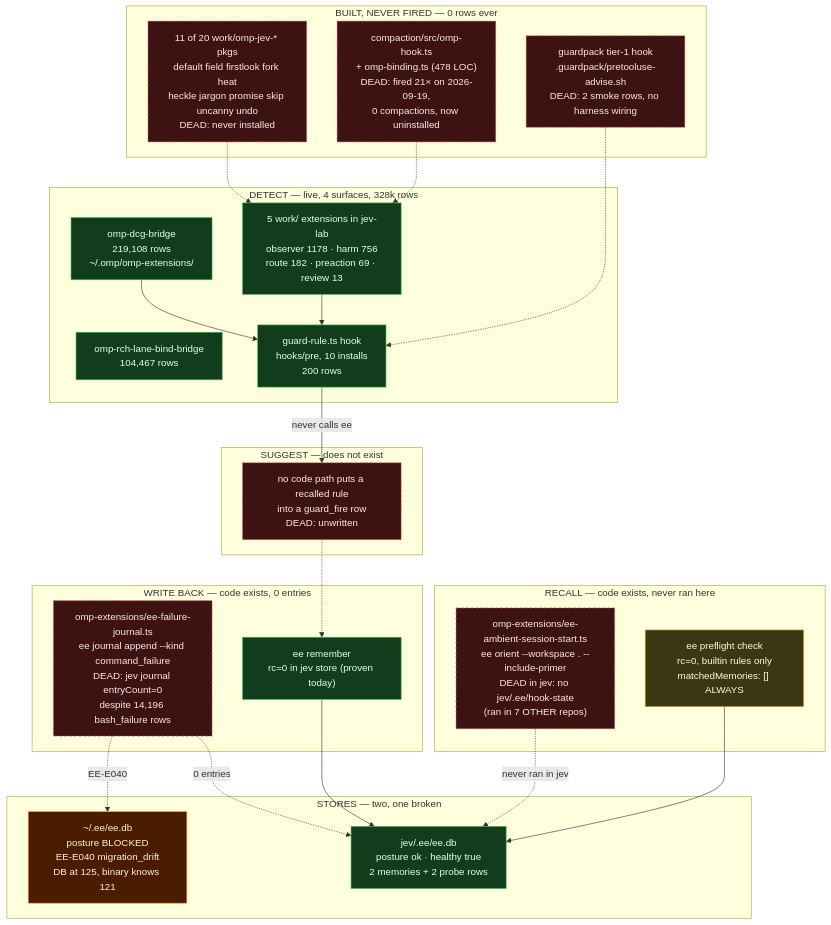
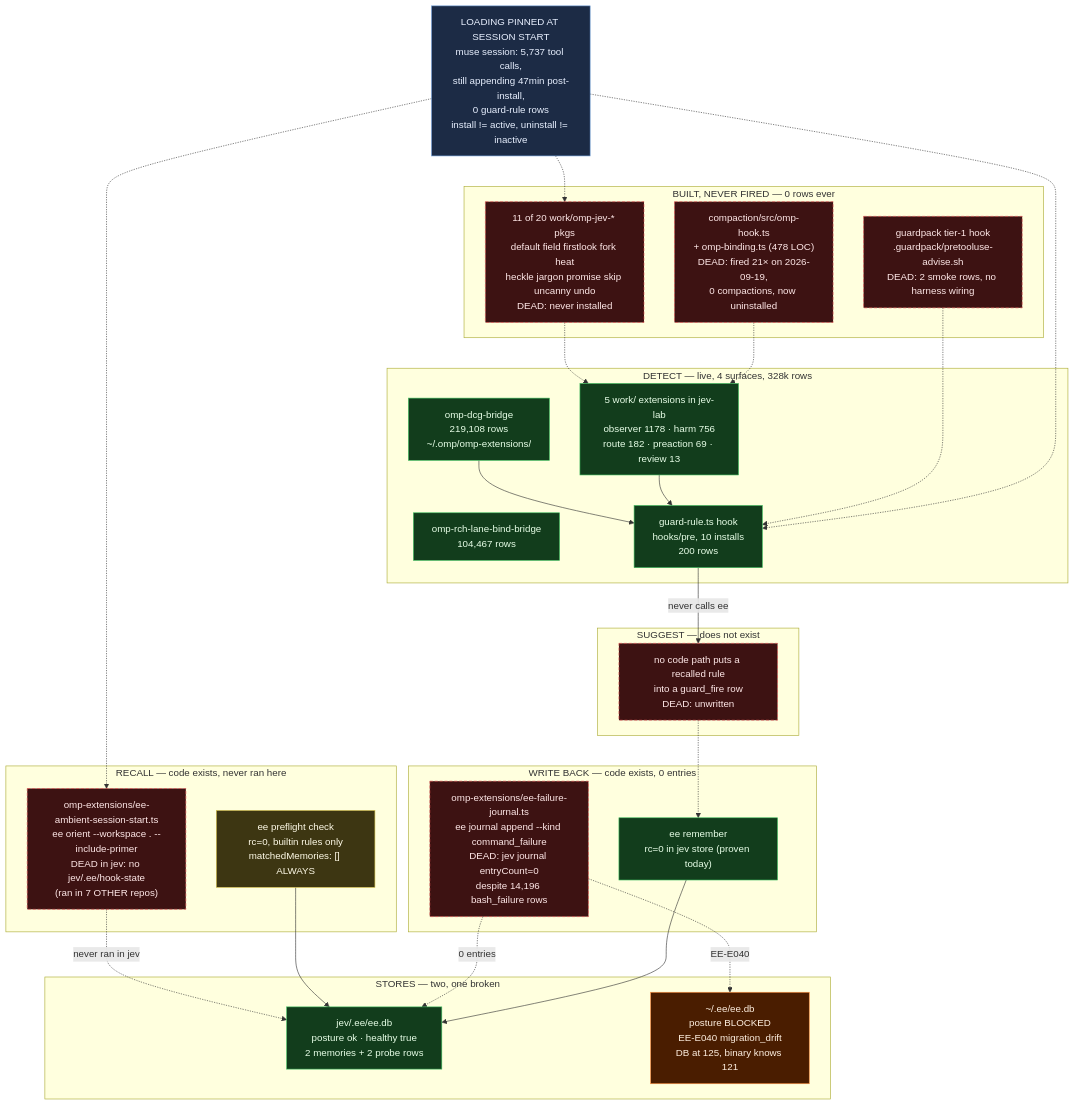
The diagram in docs/demos/upstream-repro/map-hook-ee-20260920.md (JYeswak/jev_playground), drawn with Mermaid before and after one commit. The commit also changed other lines of this file, not shown here.

Commit message:
docs(map): [receipt] correct the zero-row read - extension loading is pinned at session start, so install != active

````diff
--- a/docs/demos/upstream-repro/map-hook-ee-20260920.md
+++ b/docs/demos/upstream-repro/map-hook-ee-20260920.md
@@ -67,52 +83,58 @@
 ```mermaid
 flowchart TB
   subgraph DETECT["DETECT — live, 4 surfaces, 328k rows"]
     DCG["omp-dcg-bridge<br/>219,108 rows<br/>~/.omp/omp-extensions/"]:::live
     RCH["omp-rch-lane-bind-bridge<br/>104,467 rows"]:::live
     GR["guard-rule.ts hook<br/>hooks/pre, 10 installs<br/>200 rows"]:::live
     EXT["5 work/ extensions in jev-lab<br/>observer 1178 · harm 756<br/>route 182 · preaction 69 · review 13"]:::live
   end
 
   subgraph BUILT["BUILT, NEVER FIRED — 0 rows ever"]
     N11["11 of 20 work/omp-jev-* pkgs<br/>default field firstlook fork heat<br/>heckle jargon promise skip uncanny undo<br/>DEAD: never installed"]:::dead
     CMP["compaction/src/omp-hook.ts<br/>+ omp-binding.ts (478 LOC)<br/>DEAD: fired 21× on 2026-09-19,<br/>0 compactions, now uninstalled"]:::dead
     GP["guardpack tier-1 hook<br/>.guardpack/pretooluse-advise.sh<br/>DEAD: 2 smoke rows, no harness wiring"]:::dead
   end
 
   subgraph RECALL["RECALL — code exists, never ran here"]
     AMB["omp-extensions/ee-ambient-session-start.ts<br/>ee orient --workspace . --include-primer<br/>DEAD in jev: no jev/.ee/hook-state<br/>(ran in 7 OTHER repos)"]:::dead
     PF["ee preflight check<br/>rc=0, builtin rules only<br/>matchedMemories: [] ALWAYS"]:::partial
   end
 
   subgraph SUGGEST["SUGGEST — does not exist"]
     SG["no code path puts a recalled rule<br/>into a guard_fire row<br/>DEAD: unwritten"]:::dead
   end
 
   subgraph WRITE["WRITE BACK — code exists, 0 entries"]
     FJ["omp-extensions/ee-failure-journal.ts<br/>ee journal append --kind command_failure<br/>DEAD: jev journal entryCount=0<br/>despite 14,196 bash_failure rows"]:::dead
     REM["ee remember<br/>rc=0 in jev store (proven today)"]:::live
   end
 
   subgraph STORE["STORES — two, one broken"]
     JEV["jev/.ee/ee.db<br/>posture ok · healthy true<br/>2 memories + 2 probe rows"]:::live
     HOME["~/.ee/ee.db<br/>posture BLOCKED<br/>EE-E040 migration_drift<br/>DB at 125, binary knows 121"]:::broken
   end
 
   DCG --> GR
   GR -->|"never calls ee"| SG
   EXT --> GR
   AMB -.->|"never ran in jev"| JEV
   PF --> JEV
   FJ -.->|"0 entries"| JEV
   FJ -.->|"EE-E040"| HOME
   REM --> JEV
   SG -.-> REM
   N11 -.-> EXT
   CMP -.-> EXT
   GP -.-> GR
 
+  PIN["LOADING PINNED AT SESSION START<br/>muse session: 5,737 tool calls,<br/>still appending 47min post-install,<br/>0 guard-rule rows<br/>install != active, uninstall != inactive"]:::caveat
+  PIN -.-> GR
+  PIN -.-> AMB
+  PIN -.-> N11
+
   classDef live fill:#123d1c,stroke:#3fbf5f,color:#e8ffe8
   classDef dead fill:#3d1212,stroke:#e05050,color:#ffe8e8,stroke-dasharray:5 3
   classDef broken fill:#4a1d00,stroke:#ff9040,color:#fff0e0
   classDef partial fill:#3d3612,stroke:#d4c04a,color:#fffbe8
+  classDef caveat fill:#1c2b45,stroke:#6f9ed8,color:#e8f0ff
 ```
````
